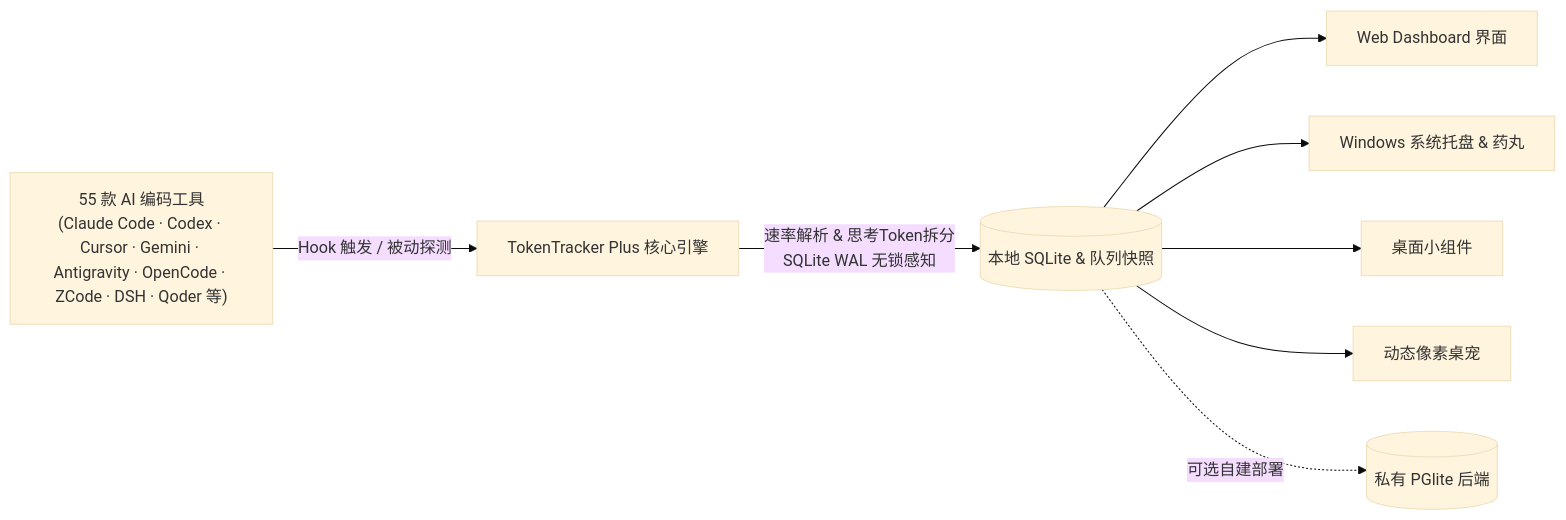
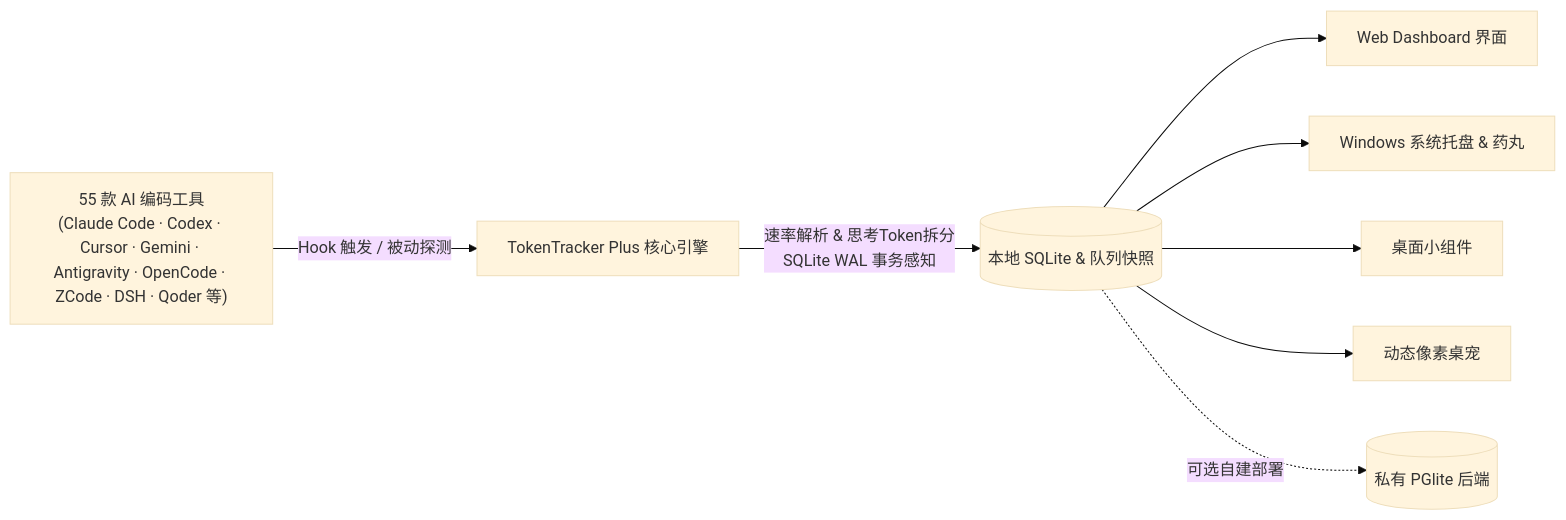
The diagram in README.md (01UNCLEDOG01/TokenTracker-Plus), drawn with Mermaid (base theme) before and after one commit. The commit also changed other lines of this file and 21 other files, not shown here.

````diff
--- a/README.md
+++ b/README.md
@@ -242,10 +242,10 @@
 ```mermaid
 flowchart LR
     A["55 款 AI 编码工具<br/>(Claude Code · Codex · Cursor · Gemini · Antigravity · OpenCode · ZCode · DSH · Qoder 等)"] -->|Hook 触发 / 被动探测| B[TokenTracker Plus 核心引擎]
-    B -->|速率解析 & 思考Token拆分<br/>SQLite WAL 无锁感知| C[(本地 SQLite & 队列快照)]
+    B -->|速率解析 & 思考Token拆分<br/>SQLite WAL 事务感知| C[(本地 SQLite & 队列快照)]
     C --> D[Web Dashboard 界面]
     C --> E[Windows 系统托盘 & 药丸]
     C --> F[桌面小组件]
     C --> G[动态像素桌宠]
     C -.->|可选自建部署| H[(私有 PGlite 后端)]
 ```
````
